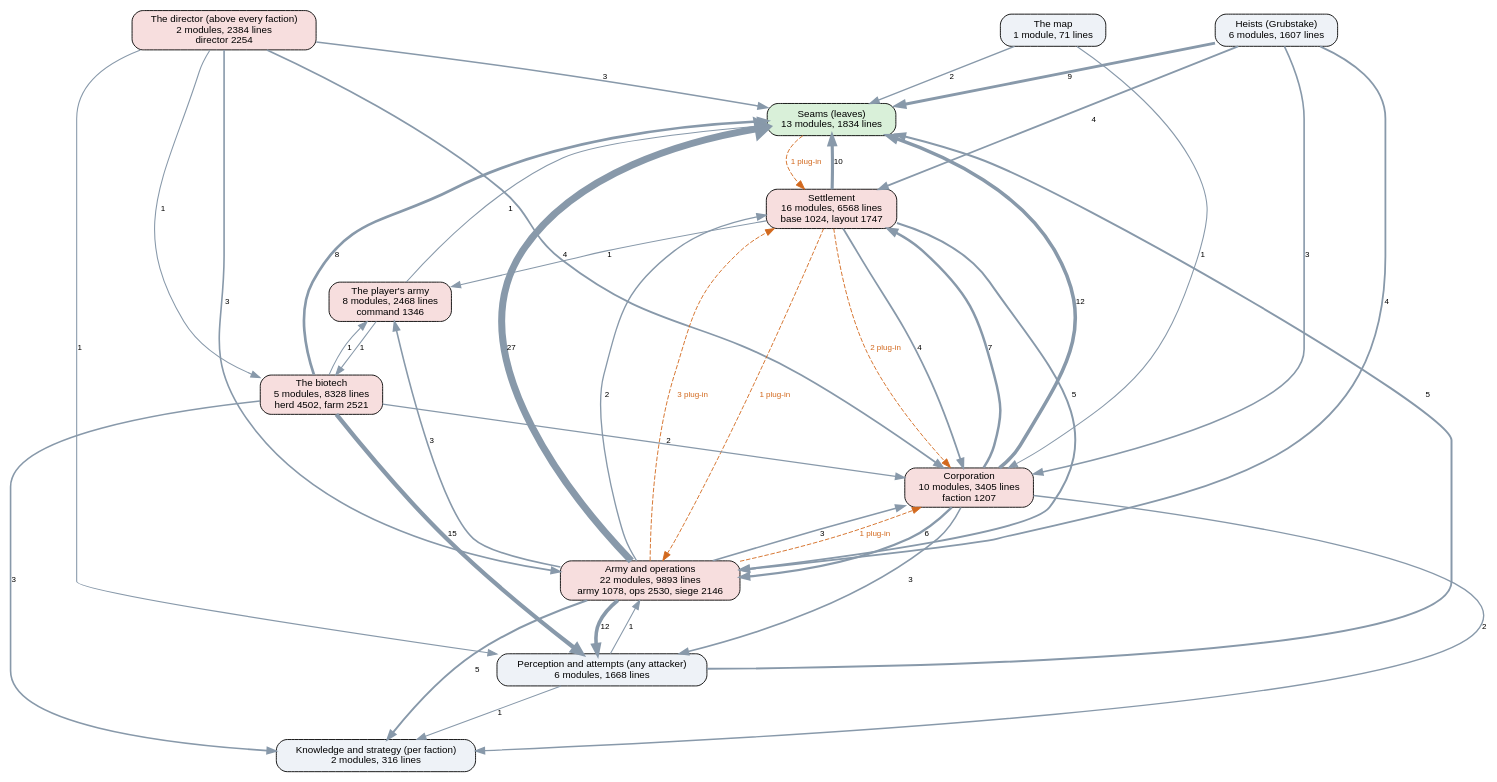
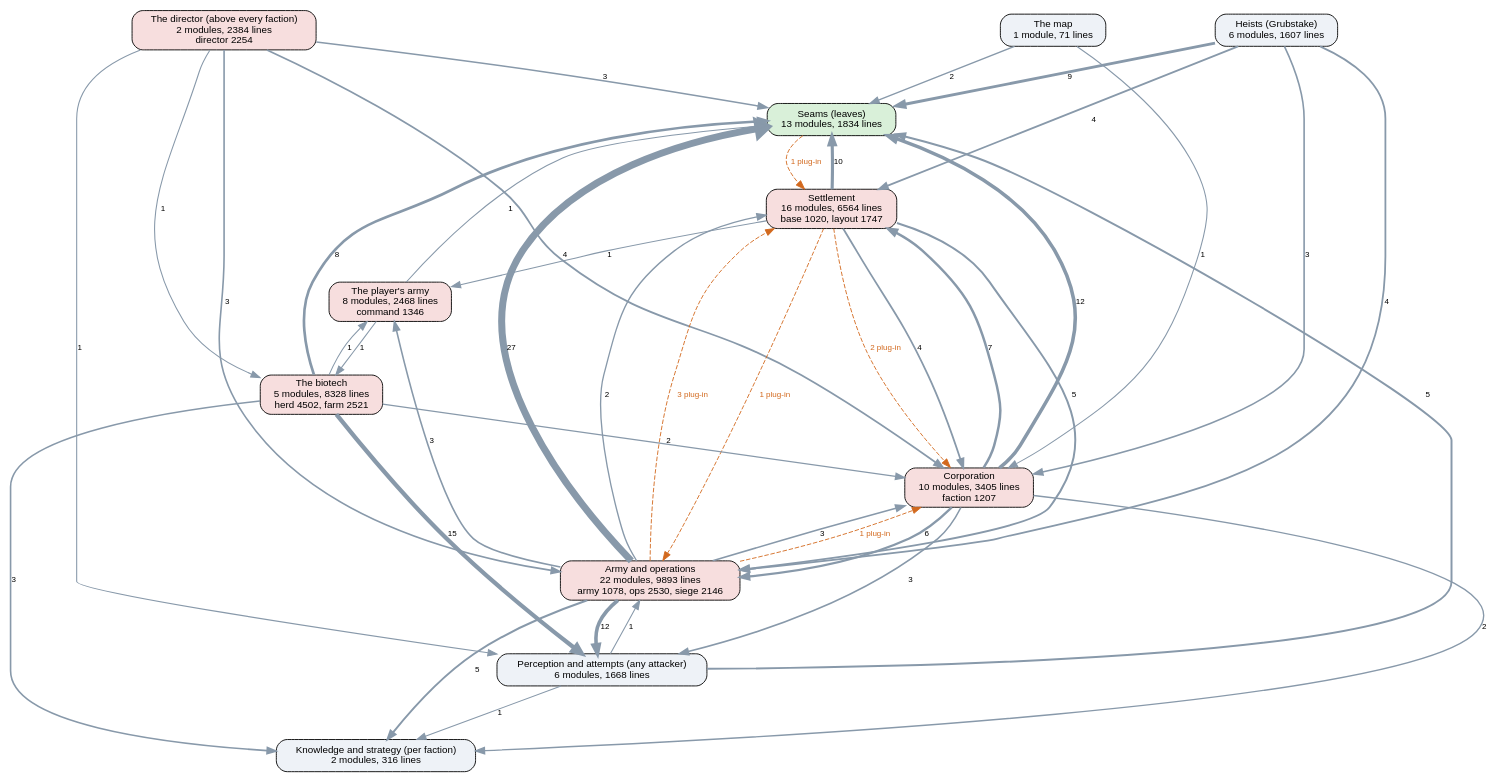
One commit to kinelhu/landing-party changed the diagram in docs/ai-layers.dot. Above: the diagram before and after it, drawn with Graphviz. The commit also changed 16 other files, not shown here.

```diff
--- a/docs/ai-layers.dot
+++ b/docs/ai-layers.dot
@@ -1,57 +1,57 @@
 digraph layers {
   graph [rankdir=TB, fontname="Helvetica", nodesep=0.5, ranksep=0.7];
   node [shape=box, style="rounded,filled", fontname="Helvetica", fontsize=11, fillcolor="#eef2f7"];
   edge [color="#8899aa", fontname="Helvetica", fontsize=9];
   "Seams (leaves)" [label="Seams (leaves)\n13 modules, 1834 lines", fillcolor="#d9f0d9"];
   "Perception and attempts (any attacker)" [label="Perception and attempts (any attacker)\n6 modules, 1668 lines", fillcolor="#eef2f7"];
   "Knowledge and strategy (per faction)" [label="Knowledge and strategy (per faction)\n2 modules, 316 lines", fillcolor="#eef2f7"];
   "The director (above every faction)" [label="The director (above every faction)\n2 modules, 2384 lines\ndirector 2254", fillcolor="#f7dede"];
   "Corporation" [label="Corporation\n10 modules, 3405 lines\nfaction 1207", fillcolor="#f7dede"];
-  "Settlement" [label="Settlement\n16 modules, 6568 lines\nbase 1024, layout 1747", fillcolor="#f7dede"];
+  "Settlement" [label="Settlement\n16 modules, 6564 lines\nbase 1020, layout 1747", fillcolor="#f7dede"];
   "Army and operations" [label="Army and operations\n22 modules, 9893 lines\narmy 1078, ops 2530, siege 2146", fillcolor="#f7dede"];
   "Heists (Grubstake)" [label="Heists (Grubstake)\n6 modules, 1607 lines", fillcolor="#eef2f7"];
   "The biotech" [label="The biotech\n5 modules, 8328 lines\nherd 4502, farm 2521", fillcolor="#f7dede"];
   "The map" [label="The map\n1 module, 71 lines", fillcolor="#eef2f7"];
   "The player's army" [label="The player's army\n8 modules, 2468 lines\ncommand 1346", fillcolor="#f7dede"];
   "Army and operations" -> "Corporation" [label="3", penwidth=1.8];
   "Army and operations" -> "Knowledge and strategy (per faction)" [label="5", penwidth=2.2];
   "Army and operations" -> "Perception and attempts (any attacker)" [label="12", penwidth=4.0];
   "Army and operations" -> "Seams (leaves)" [label="27", penwidth=7.8];
   "Army and operations" -> "Settlement" [label="2", penwidth=1.5];
   "Army and operations" -> "The player's army" [label="3", penwidth=1.8];
   "Corporation" -> "Army and operations" [label="6", penwidth=2.5];
   "Corporation" -> "Knowledge and strategy (per faction)" [label="2", penwidth=1.5];
   "Corporation" -> "Perception and attempts (any attacker)" [label="3", penwidth=1.8];
   "Corporation" -> "Seams (leaves)" [label="12", penwidth=4.0];
   "Corporation" -> "Settlement" [label="7", penwidth=2.8];
   "Heists (Grubstake)" -> "Army and operations" [label="4", penwidth=2.0];
   "Heists (Grubstake)" -> "Corporation" [label="3", penwidth=1.8];
   "Heists (Grubstake)" -> "Seams (leaves)" [label="9", penwidth=3.2];
   "Heists (Grubstake)" -> "Settlement" [label="4", penwidth=2.0];
   "Perception and attempts (any attacker)" -> "Army and operations" [label="1", penwidth=1.2];
   "Perception and attempts (any attacker)" -> "Knowledge and strategy (per faction)" [label="1", penwidth=1.2];
   "Perception and attempts (any attacker)" -> "Seams (leaves)" [label="5", penwidth=2.2];
   "Settlement" -> "Army and operations" [label="5", penwidth=2.2];
   "Settlement" -> "Corporation" [label="4", penwidth=2.0];
   "Settlement" -> "Seams (leaves)" [label="10", penwidth=3.5];
   "Settlement" -> "The player's army" [label="1", penwidth=1.2];
   "The biotech" -> "Corporation" [label="2", penwidth=1.5];
   "The biotech" -> "Knowledge and strategy (per faction)" [label="3", penwidth=1.8];
   "The biotech" -> "Perception and attempts (any attacker)" [label="15", penwidth=4.8];
   "The biotech" -> "Seams (leaves)" [label="8", penwidth=3.0];
   "The biotech" -> "The player's army" [label="1", penwidth=1.2];
   "The director (above every faction)" -> "Army and operations" [label="3", penwidth=1.8];
   "The director (above every faction)" -> "Corporation" [label="4", penwidth=2.0];
   "The director (above every faction)" -> "Perception and attempts (any attacker)" [label="1", penwidth=1.2];
   "The director (above every faction)" -> "Seams (leaves)" [label="3", penwidth=1.8];
   "The director (above every faction)" -> "The biotech" [label="1", penwidth=1.2];
   "The map" -> "Corporation" [label="1", penwidth=1.2];
   "The map" -> "Seams (leaves)" [label="2", penwidth=1.5];
   "The player's army" -> "Seams (leaves)" [label="1", penwidth=1.2];
   "The player's army" -> "The biotech" [label="1", penwidth=1.2];
   "Army and operations" -> "Corporation" [style=dashed, color="#d2691e", fontcolor="#d2691e", label="1 plug-in"];
   "Army and operations" -> "Settlement" [style=dashed, color="#d2691e", fontcolor="#d2691e", label="3 plug-in"];
   "Seams (leaves)" -> "Settlement" [style=dashed, color="#d2691e", fontcolor="#d2691e", label="1 plug-in"];
   "Settlement" -> "Army and operations" [style=dashed, color="#d2691e", fontcolor="#d2691e", label="1 plug-in"];
   "Settlement" -> "Corporation" [style=dashed, color="#d2691e", fontcolor="#d2691e", label="2 plug-in"];
 }
```
